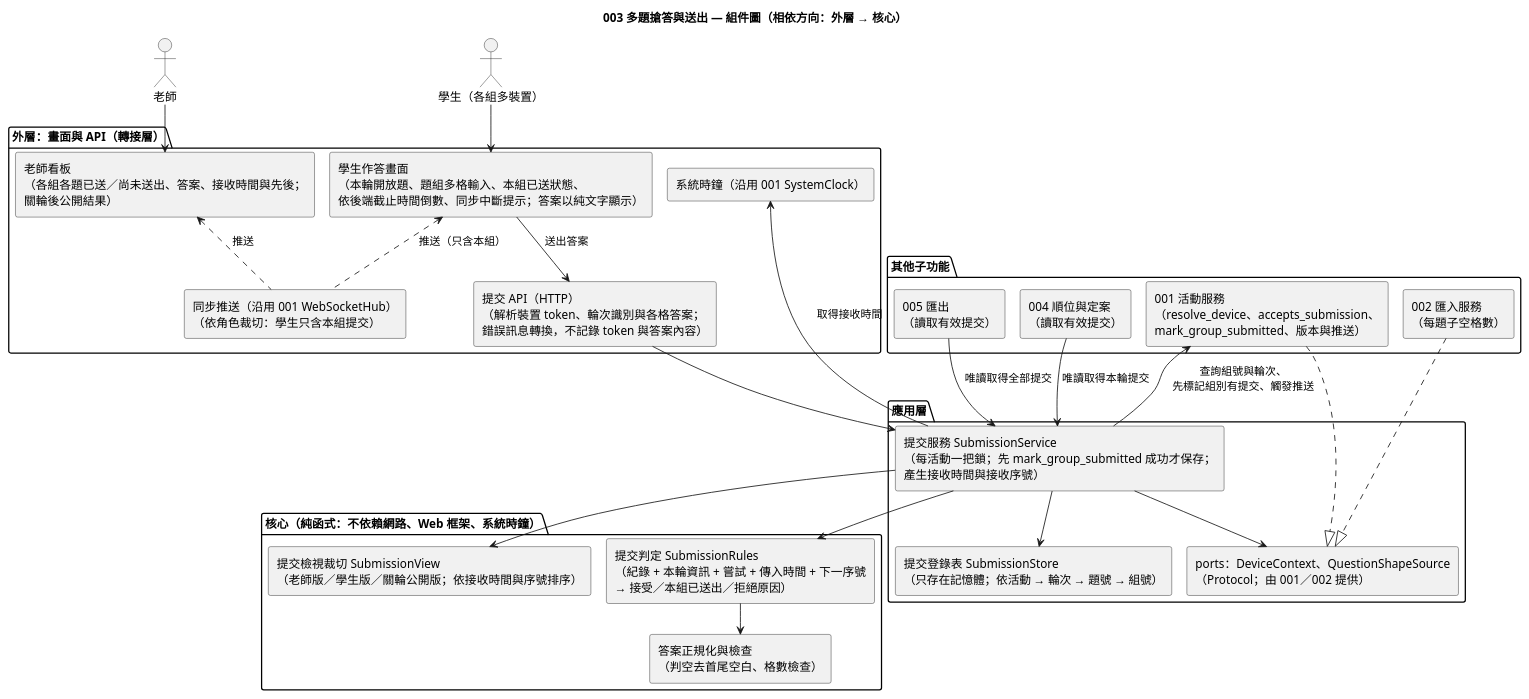
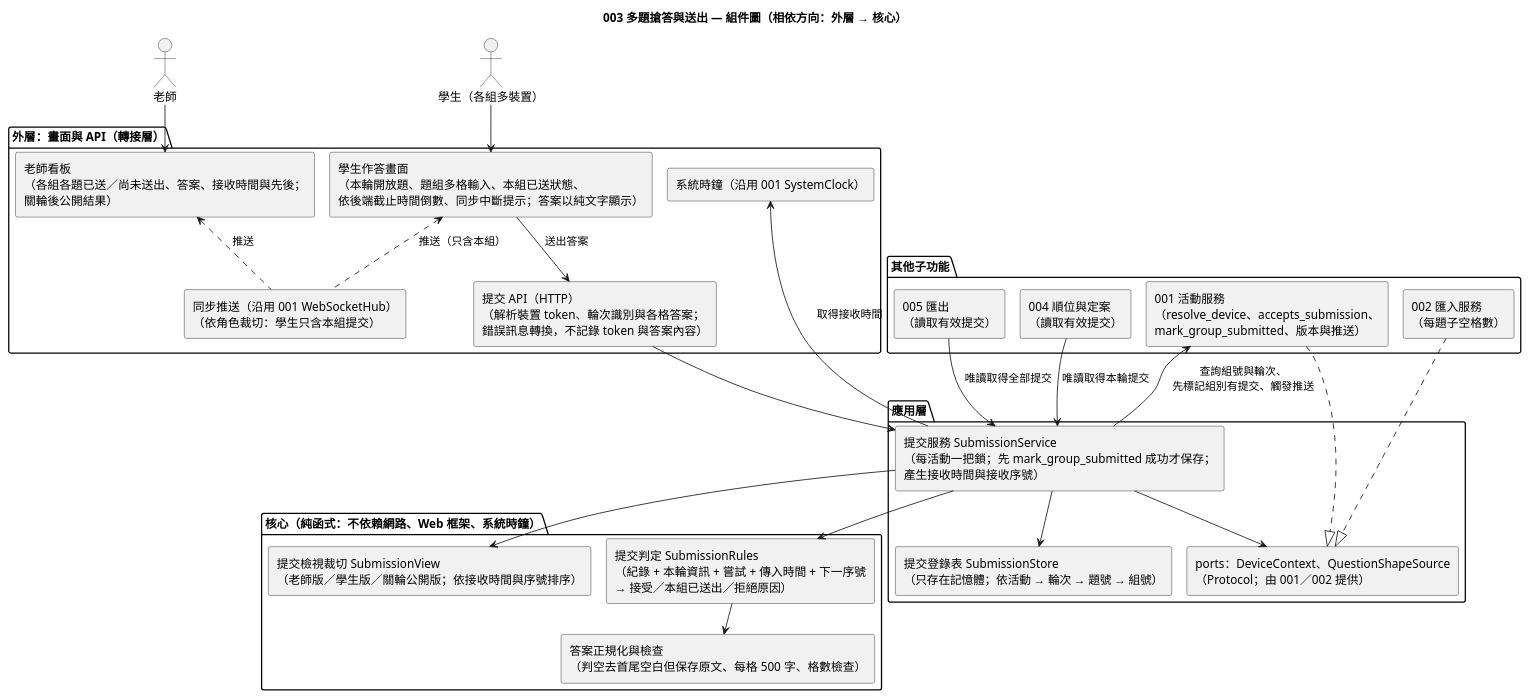
One commit to EricC430/lecture-answer-first_group16_speckit changed the diagram in diagrams/003-round-submission-component.puml. Above: the diagram before and after it, drawn with PlantUML. The commit also changed 6 other files, not shown here.

```diff
--- a/diagrams/003-round-submission-component.puml
+++ b/diagrams/003-round-submission-component.puml
@@ -1,54 +1,54 @@
 @startuml 003-round-submission-component
 !pragma layout smetana
 skinparam defaultFontName "Microsoft JhengHei"
 skinparam componentStyle rectangle
 title 003 多題搶答與送出 — 組件圖（相依方向：外層 → 核心）
 
 actor "老師" as Teacher
 actor "學生（各組多裝置）" as Student
 
 package "外層：畫面與 API（轉接層）" {
   [學生作答畫面\n（本輪開放題、題組多格輸入、本組已送狀態、\n依後端截止時間倒數、同步中斷提示；答案以純文字顯示）] as StudentUI
   [老師看板\n（各組各題已送／尚未送出、答案、接收時間與先後；\n關輪後公開結果）] as TeacherUI
   [提交 API（HTTP）\n（解析裝置 token、輪次識別與各格答案；\n錯誤訊息轉換，不記錄 token 與答案內容）] as SubmitApi
   [同步推送（沿用 001 WebSocketHub）\n（依角色裁切：學生只含本組提交）] as Sync
   [系統時鐘（沿用 001 SystemClock）] as ClockImpl
 }
 
 package "應用層" {
   [提交服務 SubmissionService\n（每活動一把鎖；先 mark_group_submitted 成功才保存；\n產生接收時間與接收序號）] as Service
   [提交登錄表 SubmissionStore\n（只存在記憶體；依活動 → 輪次 → 題號 → 組號）] as Store
   [ports：DeviceContext、QuestionShapeSource\n（Protocol；由 001／002 提供）] as Ports
 }
 
 package "核心（純函式：不依賴網路、Web 框架、系統時鐘）" {
   [提交判定 SubmissionRules\n（紀錄 + 本輪資訊 + 嘗試 + 傳入時間 + 下一序號\n→ 接受／本組已送出／拒絕原因）] as Rules
-  [答案正規化與檢查\n（判空去首尾空白、格數檢查）] as AnswerRules
+  [答案正規化與檢查\n（判空去首尾空白但保存原文、每格 500 字、格數檢查）] as AnswerRules
   [提交檢視裁切 SubmissionView\n（老師版／學生版／關輪公開版；依接收時間與序號排序）] as View
 }
 
 package "其他子功能" {
   [001 活動服務\n（resolve_device、accepts_submission、\nmark_group_submitted、版本與推送）] as Activity
   [002 匯入服務\n（每題子空格數）] as Import
   [004 順位與定案\n（讀取有效提交）] as Ranking
   [005 匯出\n（讀取有效提交）] as Export
 }
 
 Teacher --> TeacherUI
 Student --> StudentUI
 StudentUI --> SubmitApi : 送出答案
 TeacherUI <.. Sync : 推送
 StudentUI <.. Sync : 推送（只含本組）
 SubmitApi --> Service
 Service --> Store
 Service --> Rules
 Rules --> AnswerRules
 Service --> View
 Service --> Ports
 Service --> ClockImpl : 取得接收時間
 Activity ..|> Ports
 Import ..|> Ports
 Service --> Activity : 查詢組號與輪次、\n先標記組別有提交、觸發推送
 Ranking --> Service : 唯讀取得本輪提交
 Export --> Service : 唯讀取得全部提交
 @enduml
```
